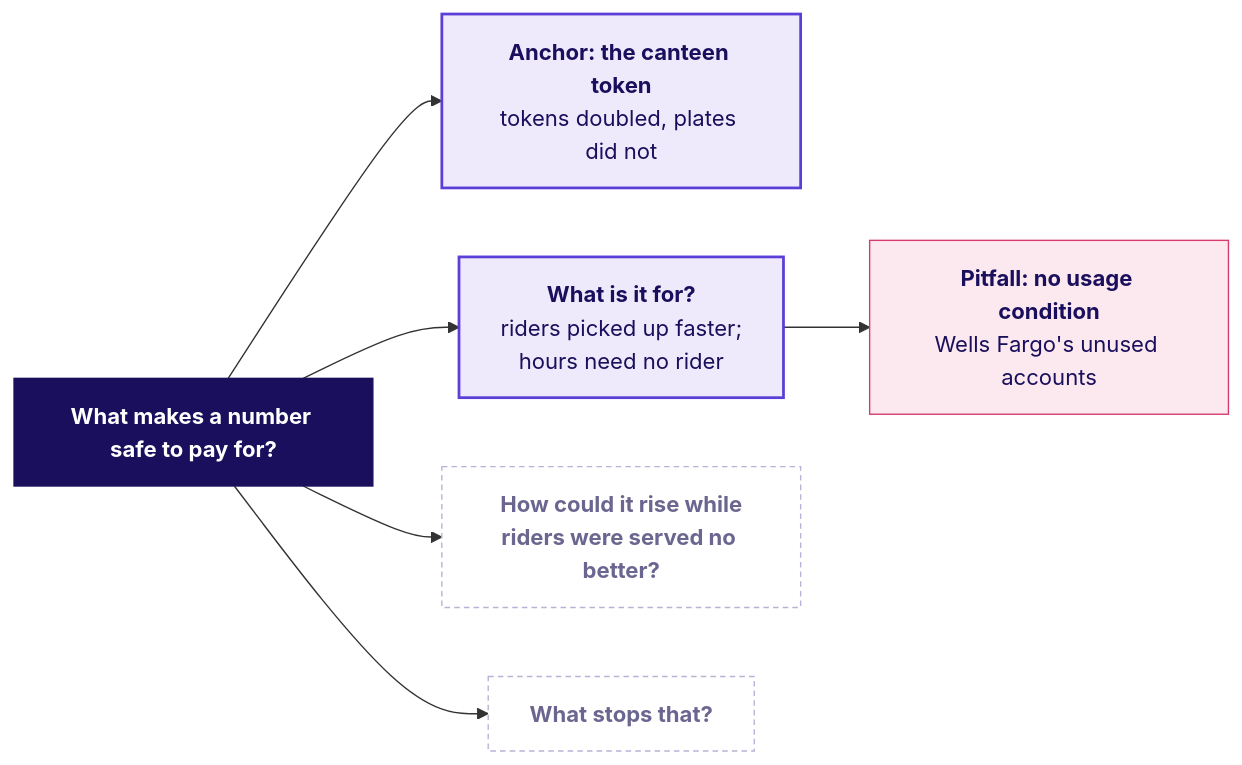
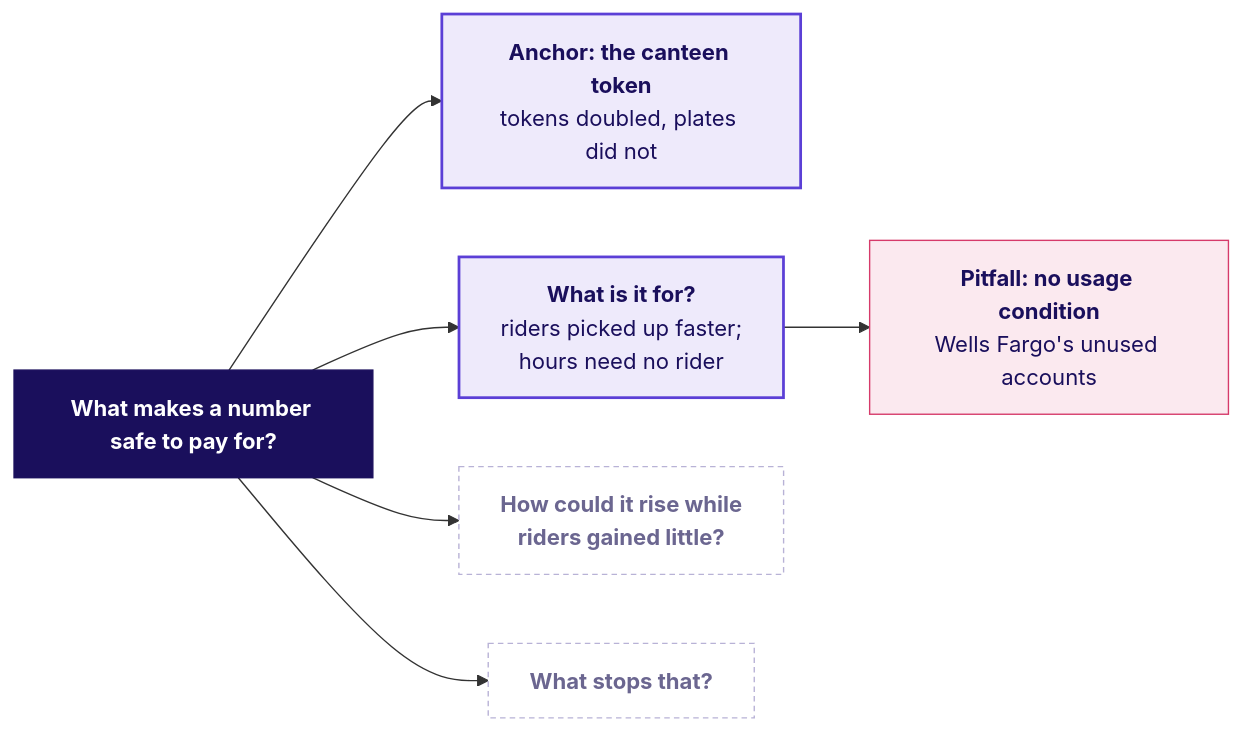
Before and after one commit to fde-academy-lab/c2-content-factory: diagram 12 of 19 in content/W04/D1/whiteboards/C2_W04_D01_board_work_STUDENT.md, drawn with Mermaid. The commit also changed other lines of this file and 4 other files, not shown here.

````diff
--- a/content/W04/D1/whiteboards/C2_W04_D01_board_work_STUDENT.md
+++ b/content/W04/D1/whiteboards/C2_W04_D01_board_work_STUDENT.md
@@ -273,22 +289,22 @@
 ```mermaid
 flowchart LR
     Q["<b>What makes a number safe to pay for?</b>"]
     A["<b>Anchor: the canteen token</b><br/>tokens doubled, plates did not"]
     Q1["<b>What is it for?</b><br/>riders picked up faster;<br/>hours need no rider"]
-    Q2["<b>How could it rise while<br/>riders were served no better?</b>"]
+    Q2["<b>How could it rise while<br/>riders gained little?</b>"]
     Q3["<b>What stops that?</b>"]
     P1["<b>Pitfall: no usage condition</b><br/>Wells Fargo's unused accounts"]
     Q --> A
     Q --> Q1
     Q --> Q2
     Q --> Q3
     Q1 --> P1
     classDef lit fill:#1A0F5C,stroke:#1A0F5C,color:#FFFFFF
     classDef known fill:#EEEAFB,stroke:#5B3FD6,color:#1A0F5C,stroke-width:2px
     classDef unknown fill:#FFFFFF,stroke:#B8B2D6,color:#6B6690,stroke-dasharray:4 3
     classDef bad fill:#FBE9EF,stroke:#D63A6A,color:#1A0F5C
     class Q lit
     class A,Q1 known
     class Q2,Q3 unknown
     class P1 bad
 ```
````
